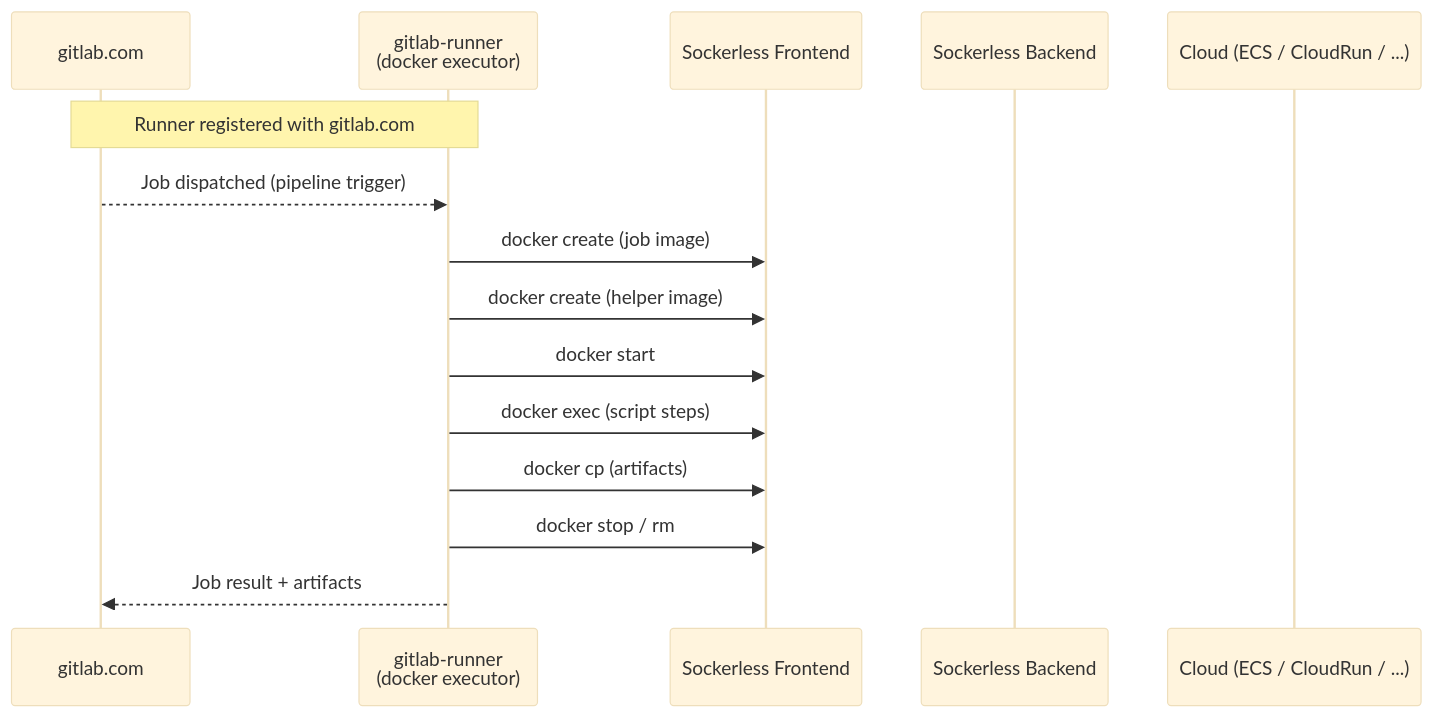
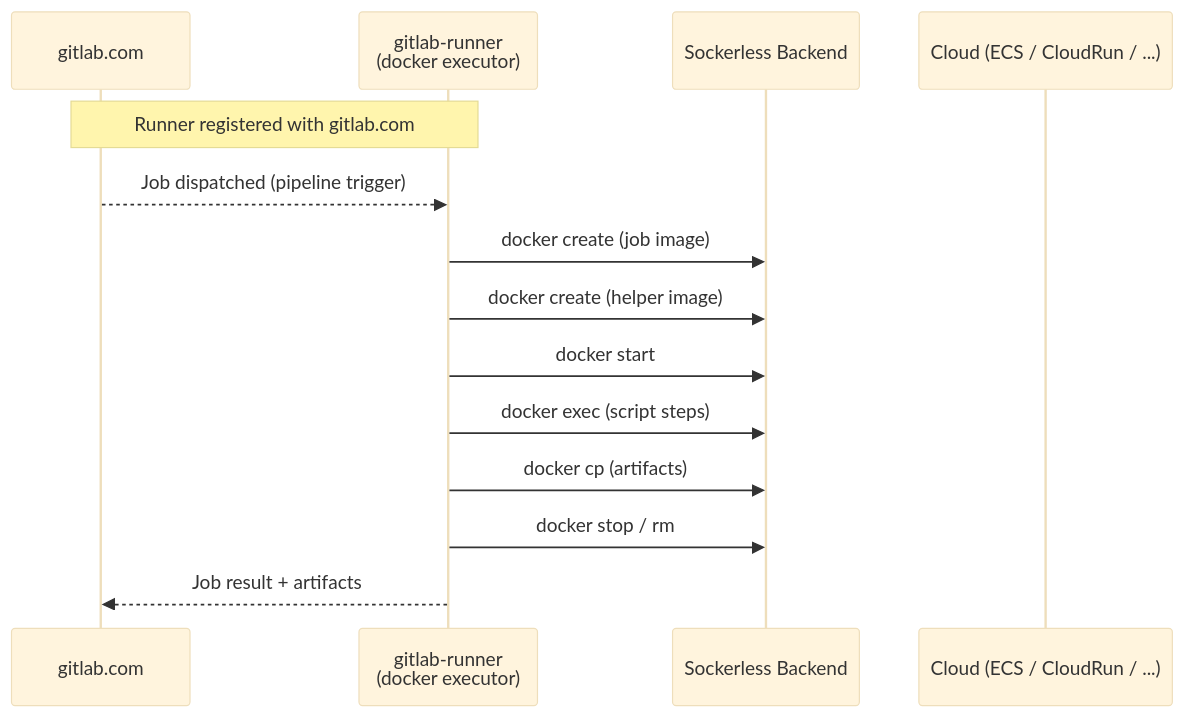
Diagram 16 of 19 in ARCHITECTURE.md (e6qu/sockerless), drawn with Mermaid (base theme) before and after one commit. The commit also changed other lines of this file and 93 other files, not shown here.

````diff
--- a/ARCHITECTURE.md
+++ b/ARCHITECTURE.md
@@ -320,18 +449,17 @@
 ```mermaid
 sequenceDiagram
     participant GL as gitlab.com
     participant R as gitlab-runner<br/>(docker executor)
-    participant FE as Sockerless Frontend
-    participant BE as Sockerless Backend
+    participant S as Sockerless Backend
     participant CL as Cloud (ECS / CloudRun / ...)
 
     Note over GL,R: Runner registered with gitlab.com
     GL-->>R: Job dispatched (pipeline trigger)
-    R->>FE: docker create (job image)
-    R->>FE: docker create (helper image)
-    R->>FE: docker start
-    R->>FE: docker exec (script steps)
-    R->>FE: docker cp (artifacts)
-    R->>FE: docker stop / rm
+    R->>S: docker create (job image)
+    R->>S: docker create (helper image)
+    R->>S: docker start
+    R->>S: docker exec (script steps)
+    R->>S: docker cp (artifacts)
+    R->>S: docker stop / rm
     R-->>GL: Job result + artifacts
 ```
````
